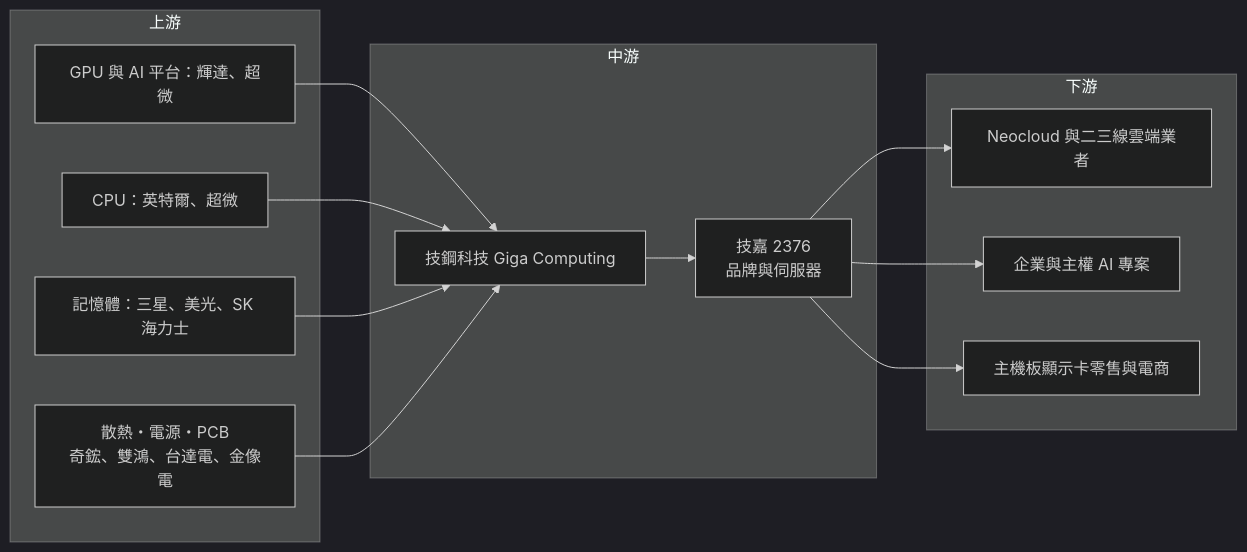
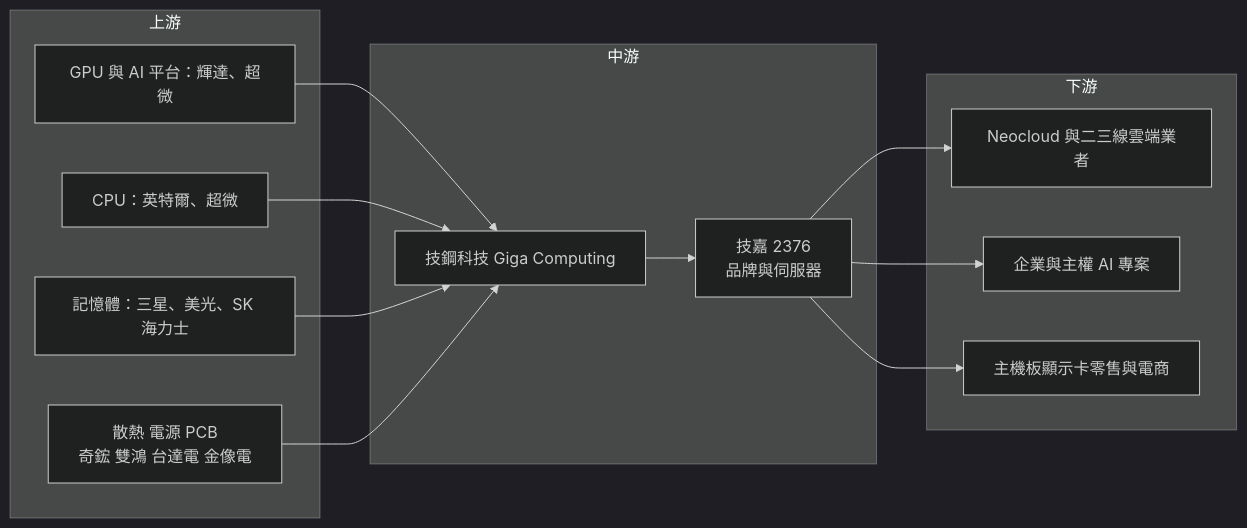
The fourth of 4 diagrams in 個股/台股/2376技嘉.md (wangnick1004/taiwan-stock-vault), drawn with Mermaid (dark theme) before and after one commit. The commit also changed other lines of this file and 19 other files, not shown here.

````diff
--- a/個股/台股/2376技嘉.md
+++ b/個股/台股/2376技嘉.md
@@ -209,26 +244,26 @@
 ```mermaid
 flowchart LR
     subgraph 上游
         A1[GPU 與 AI 平台：輝達、超微]
         A2[CPU：英特爾、超微]
         A3[記憶體：三星、美光、SK 海力士]
-        A4[散熱・電源・PCB<br/>奇鋐、雙鴻、台達電、金像電]
+        A4["散熱 電源 PCB<br/>奇鋐 雙鴻 台達電 金像電"]
     end
     subgraph 中游
-        B[技嘉 2376<br/>品牌與伺服器]
+        B["技嘉 2376<br/>品牌與伺服器"]
         B1[技鋼科技 Giga Computing]
     end
     subgraph 下游
         C1[Neocloud 與二三線雲端業者]
         C2[企業與主權 AI 專案]
         C3[主機板顯示卡零售與電商]
     end
     A1 --> B1
     A2 --> B1
     A3 --> B1
     A4 --> B1
     B1 --> B
     B --> C1
     B --> C2
     B --> C3
 ```
````
